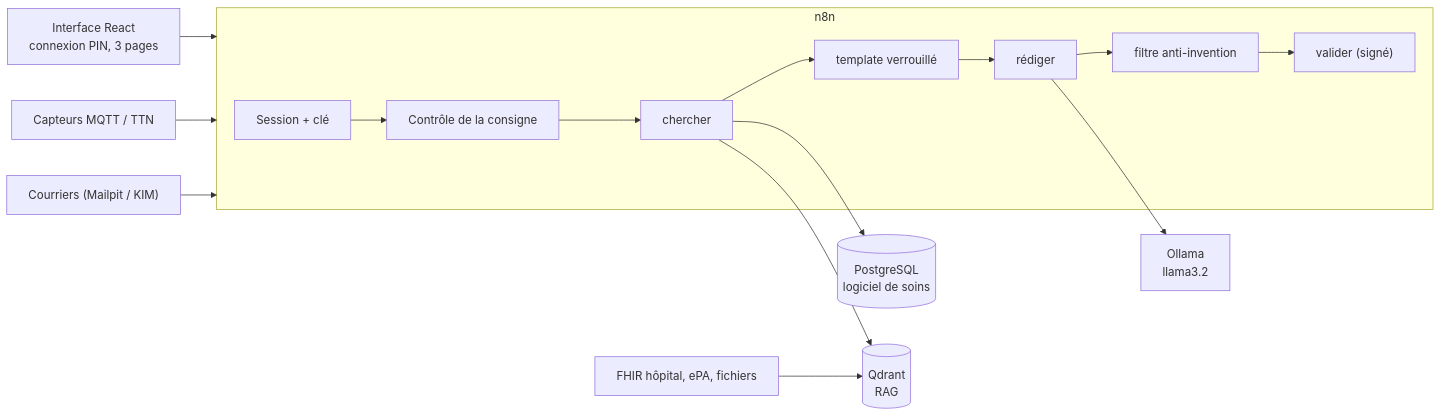
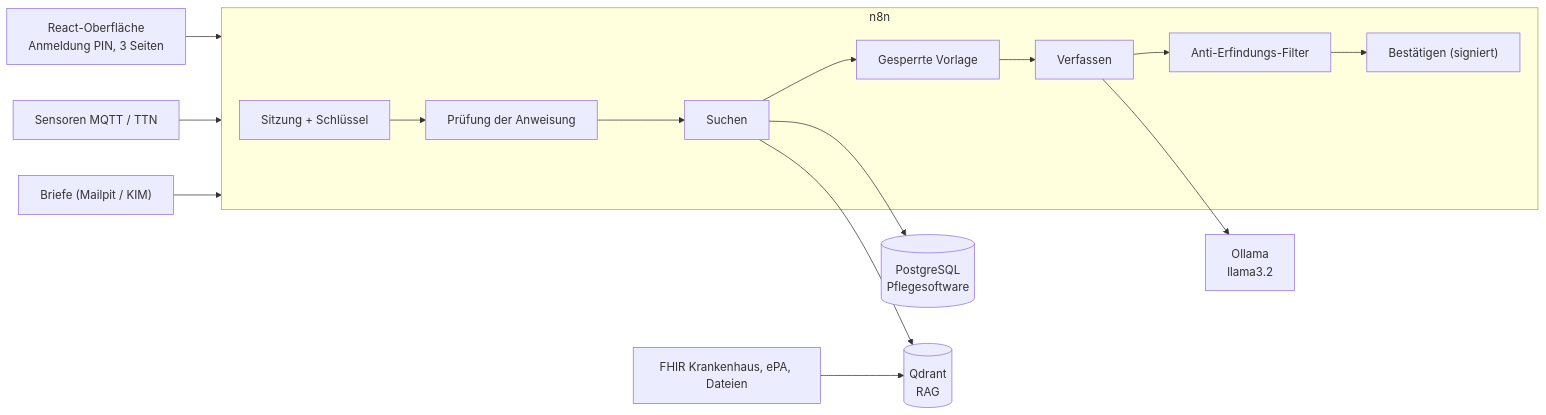
One commit to Arseine1/AI-care-assisatnt-deutsch changed the diagram in README.md. Above: the diagram before and after it, drawn with Mermaid. The commit also changed other lines of this file and 324 other files, not shown here.

````diff
--- a/README.md
+++ b/README.md
@@ -15,13 +15,13 @@
 ```mermaid
 flowchart LR
-  UI["Interface React<br/>connexion PIN, 3 pages"] --> N8N
+  UI["React-Oberfläche<br/>Anmeldung PIN, 3 Seiten"] --> N8N
   subgraph N8N["n8n"]
-    S["Session + clé"] --> C["Contrôle de la consigne"] --> CH["chercher"] --> T["template verrouillé"] --> R["rédiger"] --> F["filtre anti-invention"] --> V["valider (signé)"]
+    S["Sitzung + Schlüssel"] --> C["Prüfung der Anweisung"] --> CH["Suchen"] --> T["Gesperrte Vorlage"] --> R["Verfassen"] --> F["Anti-Erfindungs-Filter"] --> V["Bestätigen (signiert)"]
   end
-  CH --> PG[("PostgreSQL<br/>logiciel de soins")]
+  CH --> PG[("PostgreSQL<br/>Pflegesoftware")]
   CH --> QD[("Qdrant<br/>RAG")]
   R --> OL["Ollama<br/>llama3.2"]
-  MQ["Capteurs MQTT / TTN"] --> N8N
-  KIM["Courriers (Mailpit / KIM)"] --> N8N
-  FHIR["FHIR hôpital, ePA, fichiers"] --> QD
+  MQ["Sensoren MQTT / TTN"] --> N8N
+  KIM["Briefe (Mailpit / KIM)"] --> N8N
+  FHIR["FHIR Krankenhaus, ePA, Dateien"] --> QD
 ```
````
